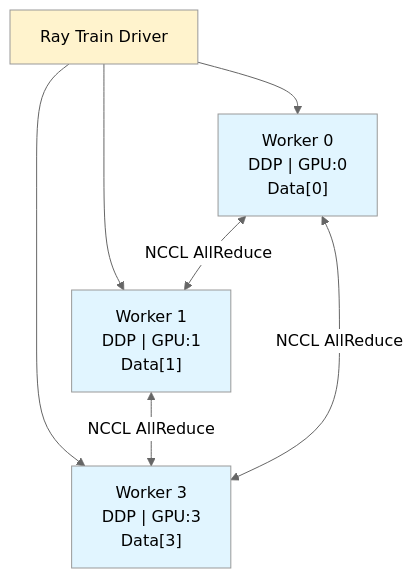
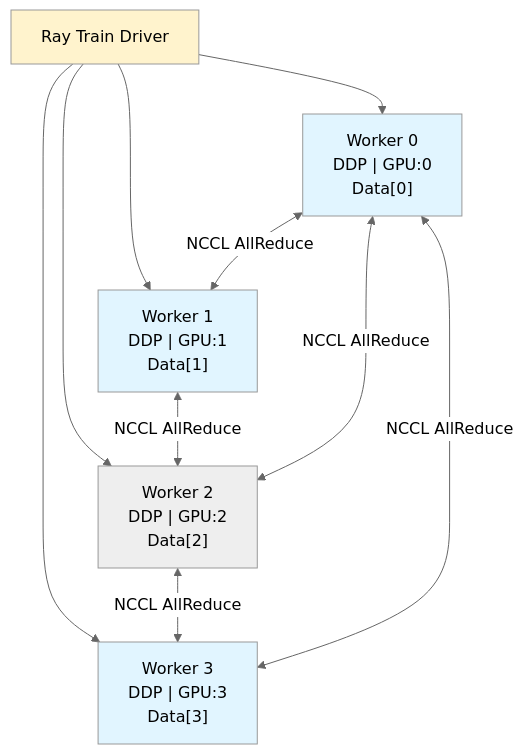
Before and after one commit to keyuanweb/ai-learning-path: the diagram in ray-learning-path/05-AI库总览/03-Ray-Train分布式训练入门.md, drawn with Mermaid (neutral theme). The commit also changed 176 other files, not shown here.

First line of the commit message:
docs: 全仓库文档校对修复——错别字/失效链接/Mermaid图/源码引用

````diff
--- a/ray-learning-path/05-AI库总览/03-Ray-Train分布式训练入门.md
+++ b/ray-learning-path/05-AI库总览/03-Ray-Train分布式训练入门.md
@@ -61,15 +61,18 @@
 ```mermaid
 graph TD
     Driver["Ray Train Driver"]
     Driver --> W0["Worker 0<br/>DDP | GPU:0<br/>Data[0]"]
     Driver --> W1["Worker 1<br/>DDP | GPU:1<br/>Data[1]"]
+    Driver --> W2["Worker 2<br/>DDP | GPU:2<br/>Data[2]"]
     Driver --> W3["Worker 3<br/>DDP | GPU:3<br/>Data[3]"]
     W0 <-->|"NCCL AllReduce"| W1
-    W1 <-->|"NCCL AllReduce"| W3
+    W1 <-->|"NCCL AllReduce"| W2
+    W2 <-->|"NCCL AllReduce"| W3
+    W0 <-->|"NCCL AllReduce"| W2
     W0 <-->|"NCCL AllReduce"| W3
 
     style Driver fill:#fff3cd
     style W0 fill:#e1f5ff
     style W1 fill:#e1f5ff
     style W3 fill:#e1f5ff
 ```
````
